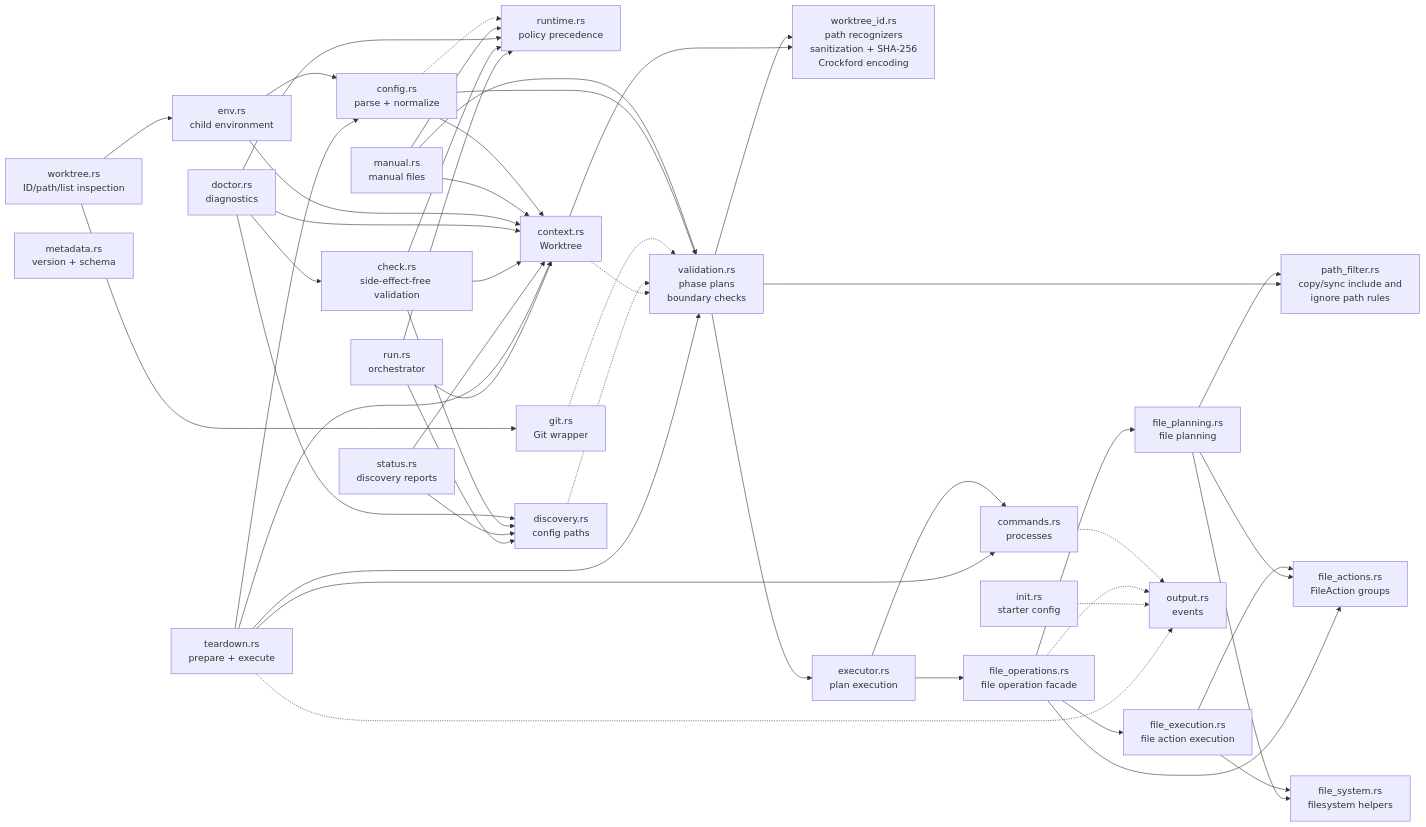
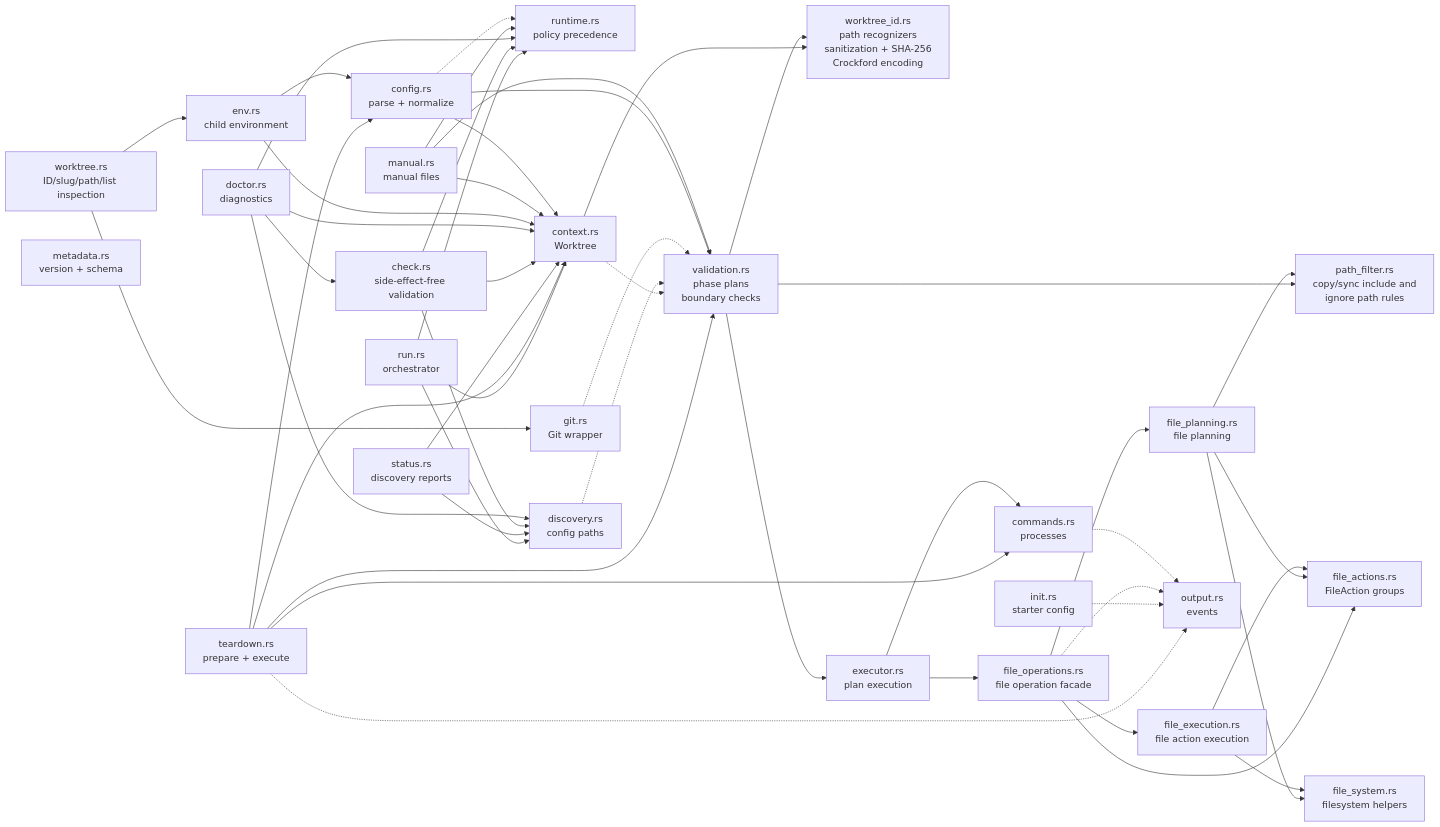
The sixth of 6 diagrams in docs/ARCHITECTURE.md (jimeh/treeboot), drawn with Mermaid before and after one commit. The commit also changed other lines of this file and 28 other files, not shown here.

````diff
--- a/docs/ARCHITECTURE.md
+++ b/docs/ARCHITECTURE.md
@@ -273,77 +288,77 @@
 ```mermaid
 flowchart LR
   RUN["run.rs<br/>orchestrator"]
   TEARDOWN["teardown.rs<br/>prepare + execute"]
   STATUS["status.rs<br/>discovery reports"]
   CHECK["check.rs<br/>side-effect-free validation"]
   DOCTOR["doctor.rs<br/>diagnostics"]
   ENV["env.rs<br/>child environment"]
-  WORKTREE["worktree.rs<br/>ID/path/list inspection"]
+  WORKTREE["worktree.rs<br/>ID/slug/path/list inspection"]
   ID["worktree_id.rs<br/>path recognizers<br/>sanitization + SHA-256<br/>Crockford encoding"]
   MANUAL["manual.rs<br/>manual files"]
   CONFIG["config.rs<br/>parse + normalize"]
   RUNTIME["runtime.rs<br/>policy precedence"]
   INIT["init.rs<br/>starter config"]
   META["metadata.rs<br/>version + schema"]
   CONTEXT["context.rs<br/>Worktree"]
   DISC["discovery.rs<br/>config paths"]
   GIT["git.rs<br/>Git wrapper"]
   FILTER["path_filter.rs<br/>copy/sync include and<br/>ignore path rules"]
   EXEC["executor.rs<br/>plan execution"]
   VALID["validation.rs<br/>phase plans<br/>boundary checks"]
   FILE_ACTIONS["file_actions.rs<br/>FileAction groups"]
   FILE_OPS["file_operations.rs<br/>file operation facade"]
   FILE_PLANNING["file_planning.rs<br/>file planning"]
   FILE_EXECUTION["file_execution.rs<br/>file action execution"]
   FILE_SYSTEM["file_system.rs<br/>filesystem helpers"]
   CMDS["commands.rs<br/>processes"]
   OUT["output.rs<br/>events"]
 
   RUN --> CONTEXT
   RUN --> RUNTIME
   RUN --> DISC
   TEARDOWN --> CONTEXT
   TEARDOWN --> CONFIG
   TEARDOWN --> VALID
   TEARDOWN --> CMDS
   TEARDOWN -.-> OUT
   STATUS --> CONTEXT
   STATUS --> DISC
   CHECK --> CONTEXT
   CHECK --> RUNTIME
   CHECK --> DISC
   DOCTOR --> RUNTIME
   DOCTOR --> CONTEXT
   DOCTOR --> DISC
   DOCTOR --> CHECK
   ENV --> CONTEXT
   ENV --> CONFIG
   WORKTREE --> ENV
   WORKTREE --> GIT
   CONTEXT --> ID
   VALID --> ID
   MANUAL --> CONTEXT
   MANUAL --> RUNTIME
   CONFIG --> CONTEXT
   CONFIG -.-> RUNTIME
   CONTEXT -.-> VALID
   DISC -.-> VALID
   GIT -.-> VALID
   CONFIG --> VALID
   MANUAL --> VALID
   VALID --> FILTER
   FILE_OPS --> FILE_ACTIONS
   FILE_OPS --> FILE_PLANNING
   FILE_OPS --> FILE_EXECUTION
   FILE_PLANNING --> FILE_ACTIONS
   FILE_PLANNING --> FILE_SYSTEM
   FILE_PLANNING --> FILTER
   FILE_EXECUTION --> FILE_ACTIONS
   FILE_EXECUTION --> FILE_SYSTEM
   VALID --> EXEC
   EXEC --> FILE_OPS
   EXEC --> CMDS
   INIT -.-> OUT
   FILE_OPS -.-> OUT
   CMDS -.-> OUT
 ```
````
